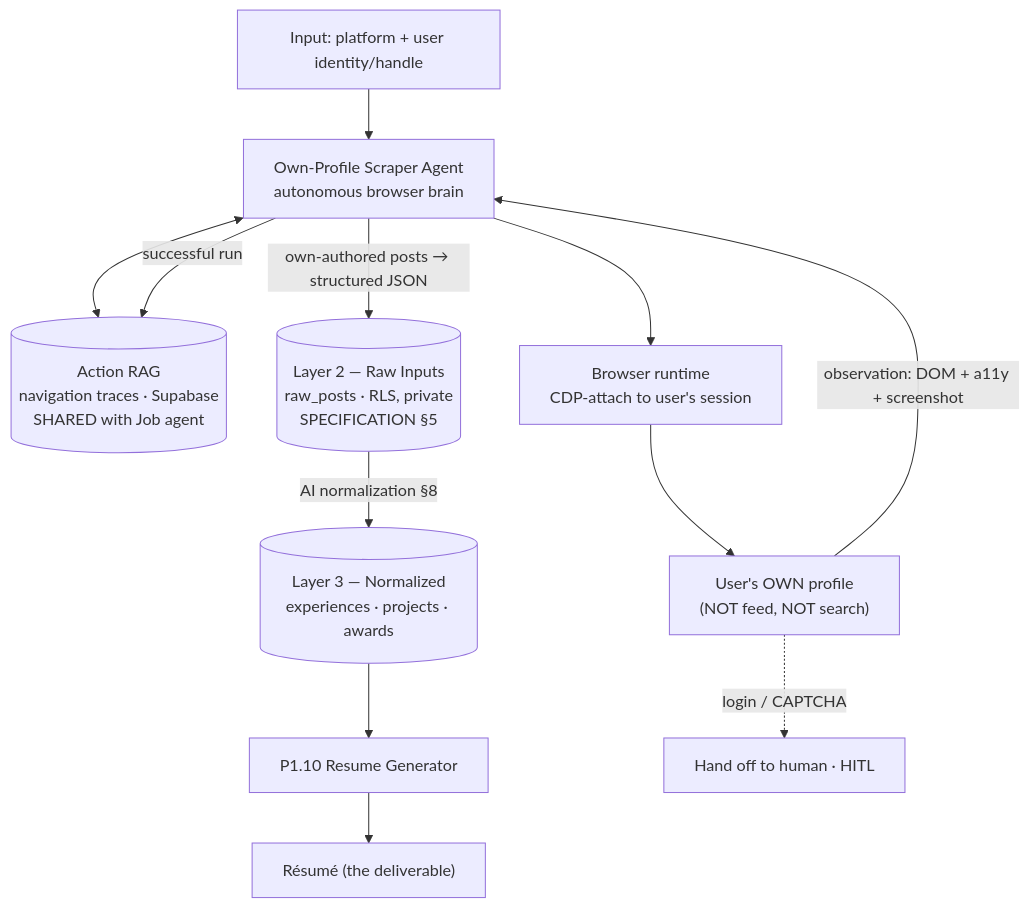
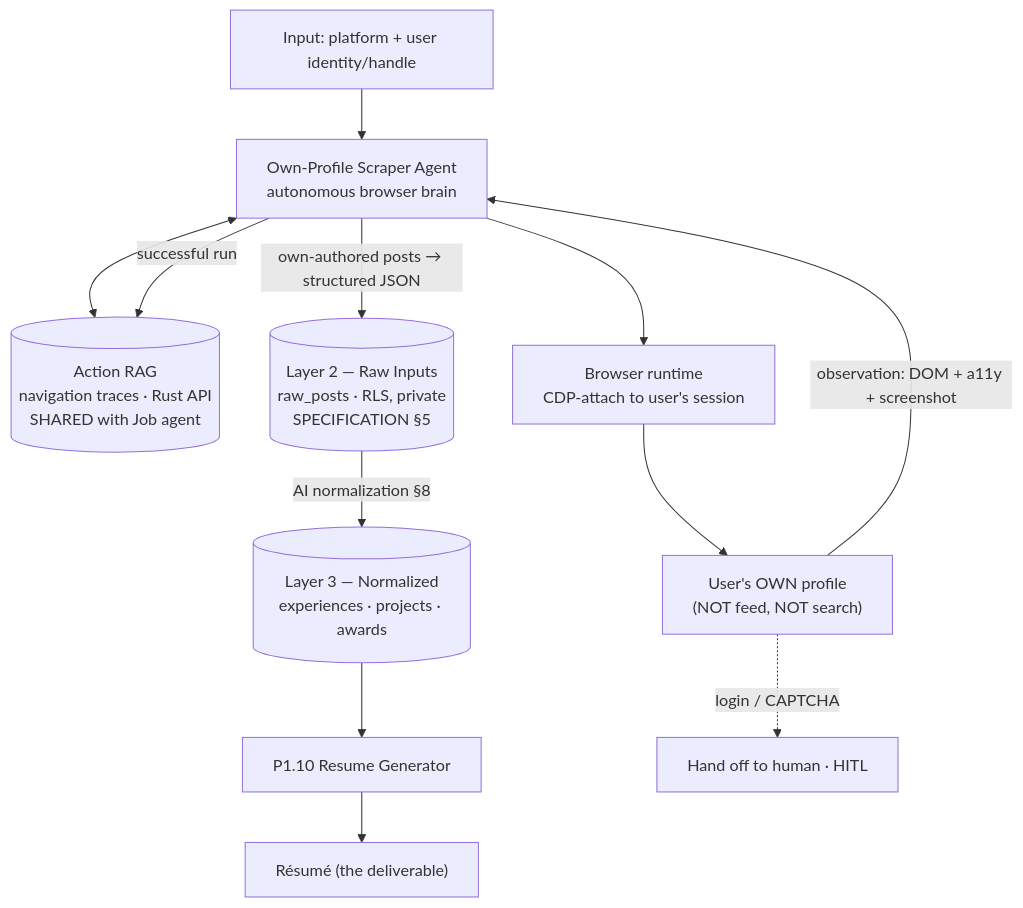
One commit to PyTorchPH/pytorchph.github.io changed the first of 6 diagrams in docs/PROFILE-SCRAPER-AGENT.md. Above: the diagram before and after it, drawn with Mermaid. The commit also changed other lines of this file and 25 other files, not shown here.

Commit message:
docs: describe the Rust API instead of Supabase

````diff
--- a/docs/PROFILE-SCRAPER-AGENT.md
+++ b/docs/PROFILE-SCRAPER-AGENT.md
@@ -68,14 +68,14 @@
 ```mermaid
 flowchart TD
     IN["Input: platform + user identity/handle"] --> AGENT[Own-Profile Scraper Agent<br/>autonomous browser brain]
-    AGENT <--> RAG[(Action RAG<br/>navigation traces · Supabase<br/>SHARED with Job agent)]
+    AGENT <--> RAG[(Action RAG<br/>navigation traces · Rust API<br/>SHARED with Job agent)]
     AGENT --> CDP[Browser runtime<br/>CDP-attach to user's session]
     CDP --> PROFILE["User's OWN profile<br/>(NOT feed, NOT search)"]
     PROFILE -->|"observation: DOM + a11y + screenshot"| AGENT
     AGENT -->|"own-authored posts → structured JSON"| L2[(Layer 2 — Raw Inputs<br/>raw_posts · RLS, private<br/>SPECIFICATION §5)]
     L2 -->|AI normalization §8| L3[(Layer 3 — Normalized<br/>experiences · projects · awards)]
     L3 --> RG[P1.10 Resume Generator]
     RG --> RESUME["Résumé (the deliverable)"]
     PROFILE -. login / CAPTCHA .-> HANDOFF[Hand off to human · HITL]
     AGENT -->|successful run| RAG
 ```
````
